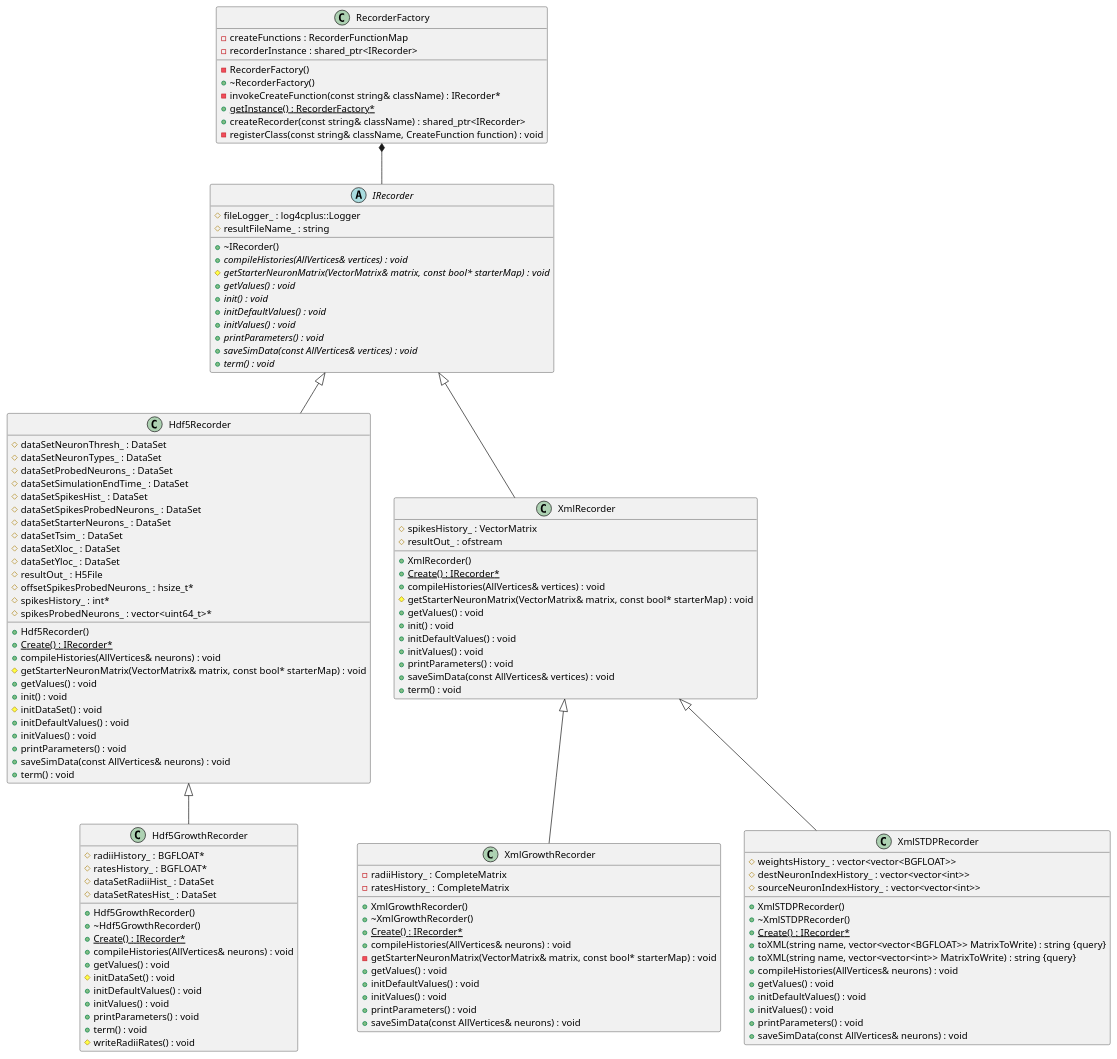
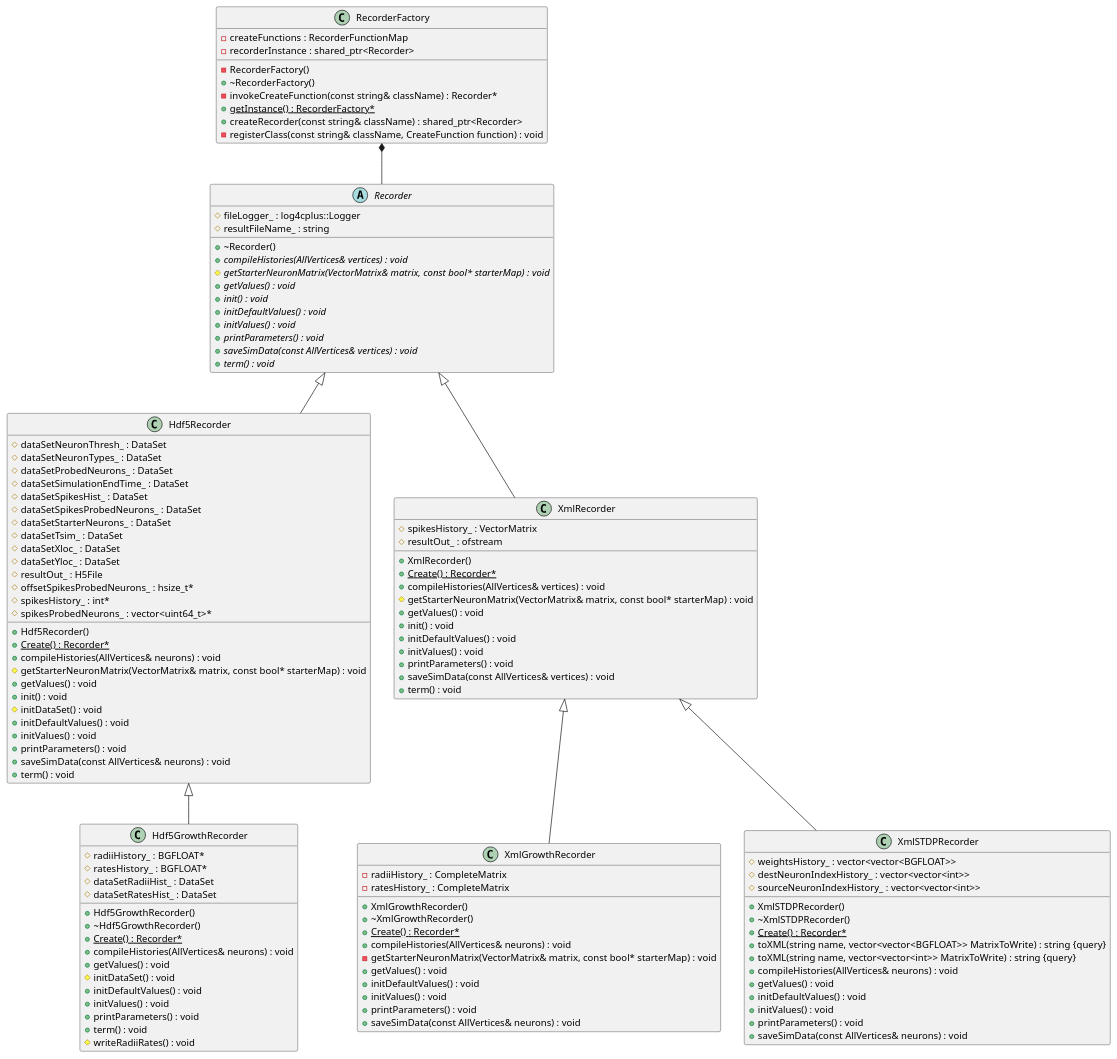
One commit to UWB-Biocomputing/Graphitti changed the diagram in docs/Developer/ClassDiagrams/recorder.puml. Above: the diagram before and after it, drawn with PlantUML. The commit also changed 15 other files, not shown here.

Commit message:
IRecorder has been changed to Recorder

```diff
--- a/docs/Developer/ClassDiagrams/recorder.puml
+++ b/docs/Developer/ClassDiagrams/recorder.puml
@@ -1,173 +1,173 @@
 @startuml RecorderClassDiagram
 
 
 
 
 
 /' Objects '/
 
 class Hdf5GrowthRecorder {
 	+Hdf5GrowthRecorder()
 	+~Hdf5GrowthRecorder()
 	#radiiHistory_ : BGFLOAT*
 	#ratesHistory_ : BGFLOAT*
 	#dataSetRadiiHist_ : DataSet
 	#dataSetRatesHist_ : DataSet
-	+{static} Create() : IRecorder*
+	+{static} Create() : Recorder*
 	+compileHistories(AllVertices& neurons) : void
 	+getValues() : void
 	#initDataSet() : void
 	+initDefaultValues() : void
 	+initValues() : void
 	+printParameters() : void
 	+term() : void
 	#writeRadiiRates() : void
 }
 
 
 class Hdf5Recorder {
 	+Hdf5Recorder()
 	#dataSetNeuronThresh_ : DataSet
 	#dataSetNeuronTypes_ : DataSet
 	#dataSetProbedNeurons_ : DataSet
 	#dataSetSimulationEndTime_ : DataSet
 	#dataSetSpikesHist_ : DataSet
 	#dataSetSpikesProbedNeurons_ : DataSet
 	#dataSetStarterNeurons_ : DataSet
 	#dataSetTsim_ : DataSet
 	#dataSetXloc_ : DataSet
 	#dataSetYloc_ : DataSet
 	#resultOut_ : H5File
-	+{static} Create() : IRecorder*
+	+{static} Create() : Recorder*
 	#offsetSpikesProbedNeurons_ : hsize_t*
 	#spikesHistory_ : int*
 	#spikesProbedNeurons_ : vector<uint64_t>*
 	+compileHistories(AllVertices& neurons) : void
 	#getStarterNeuronMatrix(VectorMatrix& matrix, const bool* starterMap) : void
 	+getValues() : void
 	+init() : void
 	#initDataSet() : void
 	+initDefaultValues() : void
 	+initValues() : void
 	+printParameters() : void
 	+saveSimData(const AllVertices& neurons) : void
 	+term() : void
 }
 
 
-abstract class IRecorder {
-	+~IRecorder()
+abstract class Recorder {
+	+~Recorder()
 	#fileLogger_ : log4cplus::Logger
 	#resultFileName_ : string
 	+{abstract} compileHistories(AllVertices& vertices) : void
 	#{abstract} getStarterNeuronMatrix(VectorMatrix& matrix, const bool* starterMap) : void
 	+{abstract} getValues() : void
 	+{abstract} init() : void
 	+{abstract} initDefaultValues() : void
 	+{abstract} initValues() : void
 	+{abstract} printParameters() : void
 	+{abstract} saveSimData(const AllVertices& vertices) : void
 	+{abstract} term() : void
 }
 
 
 class RecorderFactory {
 	-RecorderFactory()
 	+~RecorderFactory()
-	-invokeCreateFunction(const string& className) : IRecorder*
+	-invokeCreateFunction(const string& className) : Recorder*
 	+{static} getInstance() : RecorderFactory*
 	-createFunctions : RecorderFunctionMap
-	+createRecorder(const string& className) : shared_ptr<IRecorder>
-	-recorderInstance : shared_ptr<IRecorder>
+	+createRecorder(const string& className) : shared_ptr<Recorder>
+	-recorderInstance : shared_ptr<Recorder>
 	-registerClass(const string& className, CreateFunction function) : void
 }
 
 
 class XmlGrowthRecorder {
 	+XmlGrowthRecorder()
 	+~XmlGrowthRecorder()
 	-radiiHistory_ : CompleteMatrix
 	-ratesHistory_ : CompleteMatrix
-	+{static} Create() : IRecorder*
+	+{static} Create() : Recorder*
 	+compileHistories(AllVertices& neurons) : void
 	-getStarterNeuronMatrix(VectorMatrix& matrix, const bool* starterMap) : void
 	+getValues() : void
 	+initDefaultValues() : void
 	+initValues() : void
 	+printParameters() : void
 	+saveSimData(const AllVertices& neurons) : void
 }
 
 
 class XmlRecorder {
 	+XmlRecorder()
-	+{static} Create() : IRecorder*
+	+{static} Create() : Recorder*
 	#spikesHistory_ : VectorMatrix
 	#resultOut_ : ofstream
 	+compileHistories(AllVertices& vertices) : void
 	#getStarterNeuronMatrix(VectorMatrix& matrix, const bool* starterMap) : void
 	+getValues() : void
 	+init() : void
 	+initDefaultValues() : void
 	+initValues() : void
 	+printParameters() : void
 	+saveSimData(const AllVertices& vertices) : void
 	+term() : void
 }
 
 
 class XmlSTDPRecorder {
 	+XmlSTDPRecorder()
 	+~XmlSTDPRecorder()
-	+{static} Create() : IRecorder*
+	+{static} Create() : Recorder*
 	+toXML(string name, vector<vector<BGFLOAT>> MatrixToWrite) : string {query}
 	+toXML(string name, vector<vector<int>> MatrixToWrite) : string {query}
 	#weightsHistory_ : vector<vector<BGFLOAT>>
 	#destNeuronIndexHistory_ : vector<vector<int>>
 	#sourceNeuronIndexHistory_ : vector<vector<int>>
 	+compileHistories(AllVertices& neurons) : void
 	+getValues() : void
 	+initDefaultValues() : void
 	+initValues() : void
 	+printParameters() : void
 	+saveSimData(const AllVertices& neurons) : void
 }
 
 
 
 
 
 /' Inheritance relationships '/
 
 .Hdf5Recorder <|-- .Hdf5GrowthRecorder
 
 
-.IRecorder <|-- .Hdf5Recorder
+.Recorder <|-- .Hdf5Recorder
 
 
-.IRecorder <|-- .XmlRecorder
+.Recorder <|-- .XmlRecorder
 
 
 .XmlRecorder <|-- .XmlGrowthRecorder
 
 
 .XmlRecorder <|-- .XmlSTDPRecorder
 
 
 
 
 
 /' Aggregation relationships '/
 
-.RecorderFactory *-- .IRecorder
+.RecorderFactory *-- .Recorder
 
 
 
 
 
 
 /' Nested objects '/
 
 
 
 @enduml
```
